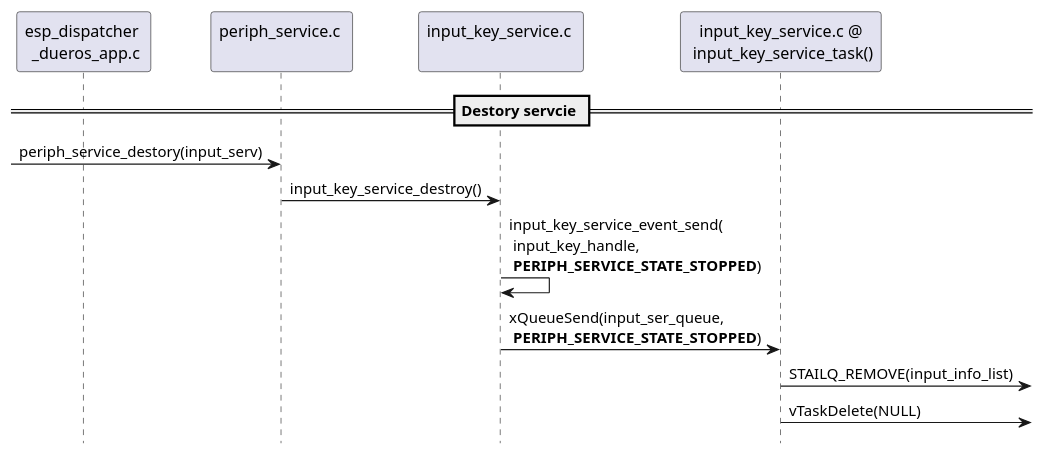
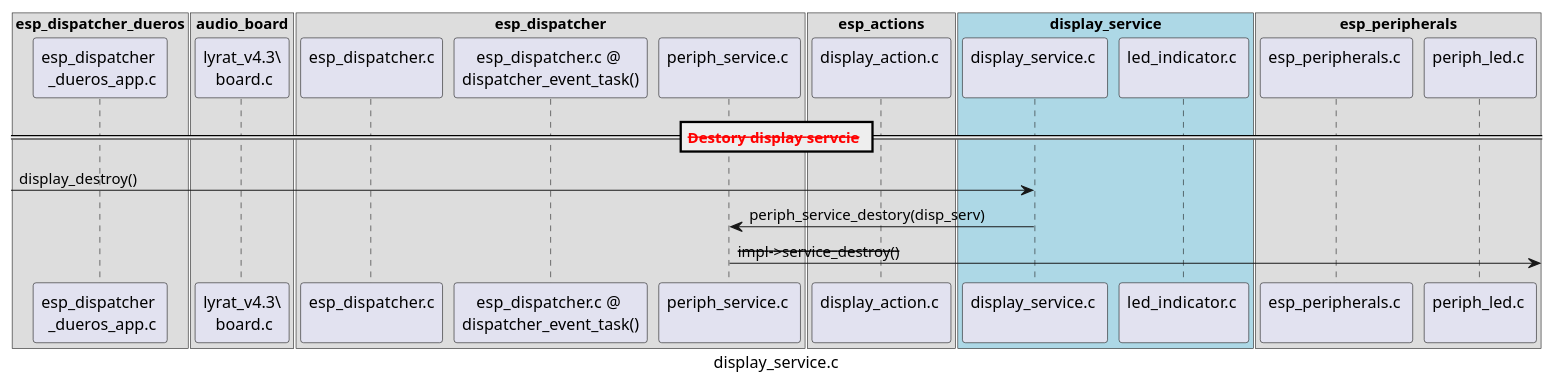
The fourth of 4 diagrams in docs/inside-dispatcher/display_service.rst (liangzhu2008/learn-esp-adf), drawn with PlantUML before and after one commit. The commit also changed other lines of this file and 2 other files, not shown here.

Commit message:
加入 Display_Service

```diff
--- a/docs/inside-dispatcher/display_service.rst
+++ b/docs/inside-dispatcher/display_service.rst
@@ -256,17 +215,36 @@
 .. uml::
 
-    hide footbox
+    caption display_service.c
 
+    box "esp_dispatcher_dueros"
     participant "esp_dispatcher \n _dueros_app.c" as adf_app order 10
-    participant "periph_service.c \n" as periph_service order 20
-    participant "input_key_service.c \n" as spec_service order 50
-    participant "input_key_service.c @\n input_key_service_task()" as inner_task order 60
+    end box
 
-    == Destory servcie ==
-                  [-> periph_service : periph_service_destory(input_serv)
-    periph_service -> spec_service   : input_key_service_destroy()
-    spec_service   -> spec_service   : input_key_service_event_send( \n input_key_handle,  \n **PERIPH_SERVICE_STATE_STOPPED**)
-    spec_service   -> inner_task     : xQueueSend(input_ser_queue,  \n **PERIPH_SERVICE_STATE_STOPPED**)
-    inner_task     ->]               : STAILQ_REMOVE(input_info_list)
-    inner_task     ->]               : vTaskDelete(NULL)
-    deactivate inner_task 
+    box "audio_board"
+    participant "lyrat_v4.3\\\n board.c"  as adf_board order 15
+    end box
+
+    box "esp_dispatcher" 
+    participant "esp_dispatcher.c\n"                    as dispatcher_comp   order 20
+    participant "esp_dispatcher.c @ \ndispatcher_event_task()" as dispatcher_task   order 30
+    participant "periph_service.c \n"  as periph_service order 40
+    end box
+
+    box "esp_actions"
+    participant "display_action.c \n" as display_action  order 45
+    end box
+
+    box "display_service" #LightBlue
+    participant "display_service.c \n" as display_service  order 50
+    participant "led_indicator.c \n"   as led_indicator order 60
+    end box
+
+    box "esp_peripherals" 
+    participant "esp_peripherals.c \n" as esp_peripherals order 70
+    participant "periph_led.c \n"      as periph_led      order 80
+    end box
+
+    == <color:red>--Destory display servcie--</color> ==
+    [-> display_service : display_destroy()
+    periph_service <- display_service : periph_service_destory(disp_serv)
+    periph_service ->]  : --impl->service_destroy()--
```
